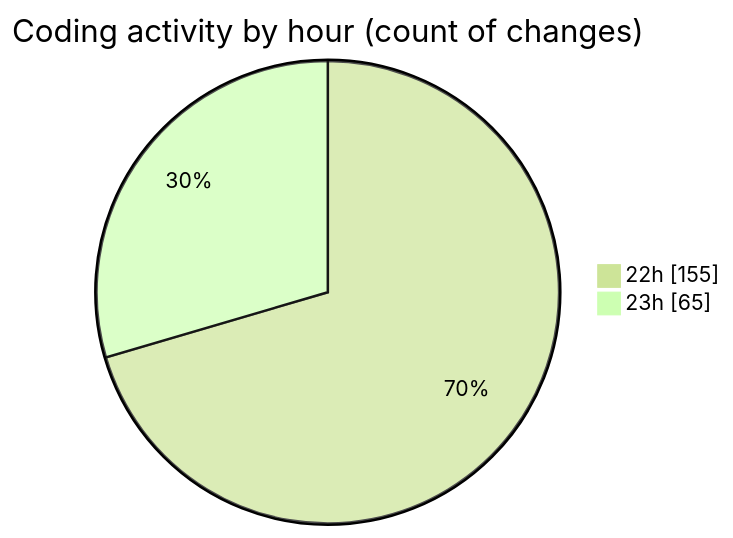
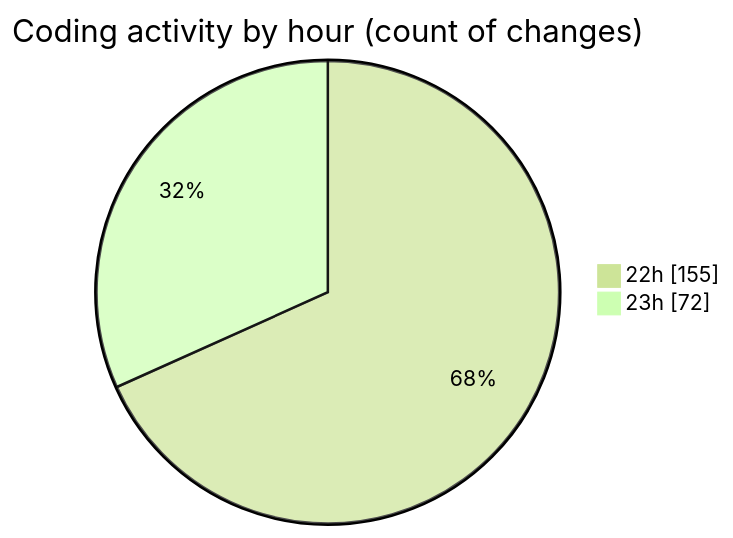
The second of 2 diagrams in 2025-08-09/javascript/README.md (Ritupan-Deka/code-tracking), drawn with Mermaid (forest theme) before and after one commit. The commit also changed other lines of this file and 1 other file, not shown here.

````diff
--- a/2025-08-09/javascript/README.md
+++ b/2025-08-09/javascript/README.md
@@ -28,6 +30,6 @@
 ```mermaid
 pie showData
 title Coding activity by hour (count of changes)
 "22h" : 155
-"23h" : 65
+"23h" : 72
 ```
````
